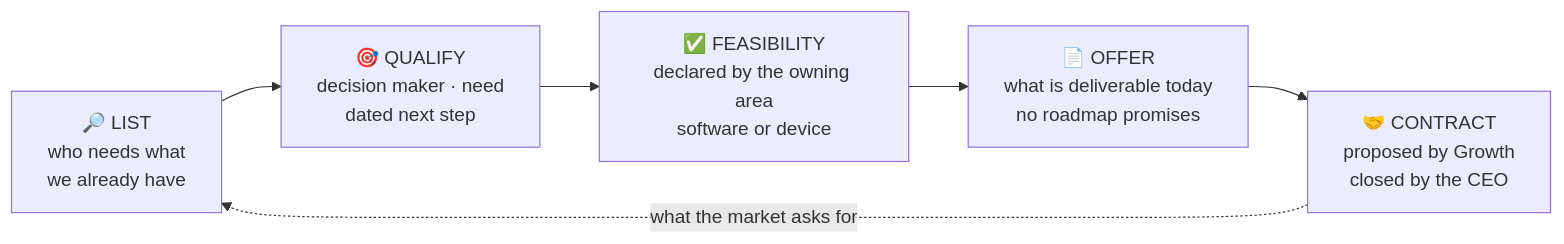
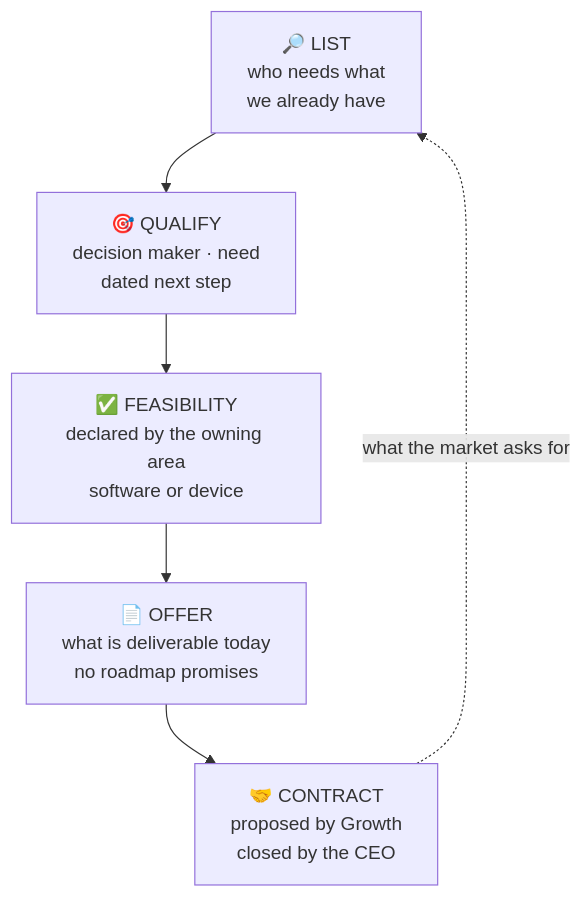
One commit to Org-Chiara/Org-Chiara changed the diagram in README.md. Above: the diagram before and after it, drawn with Mermaid.

Commit message:
Render the growth loop diagram vertically so the last node is not hidden by the viewer controls (#2)

````diff
--- a/README.md
+++ b/README.md
@@ -64,8 +64,8 @@
 ```mermaid
-graph LR
+graph TD
     L["🔎 LIST<br/>who needs what<br/>we already have"] --> Q["🎯 QUALIFY<br/>decision maker · need<br/>dated next step"]
     Q --> F["✅ FEASIBILITY<br/>declared by the owning area<br/>software or device"]
     F --> O["📄 OFFER<br/>what is deliverable today<br/>no roadmap promises"]
     O --> C["🤝 CONTRACT<br/>proposed by Growth<br/>closed by the CEO"]
     C -.->|"what the market asks for"| L
 ```
````
